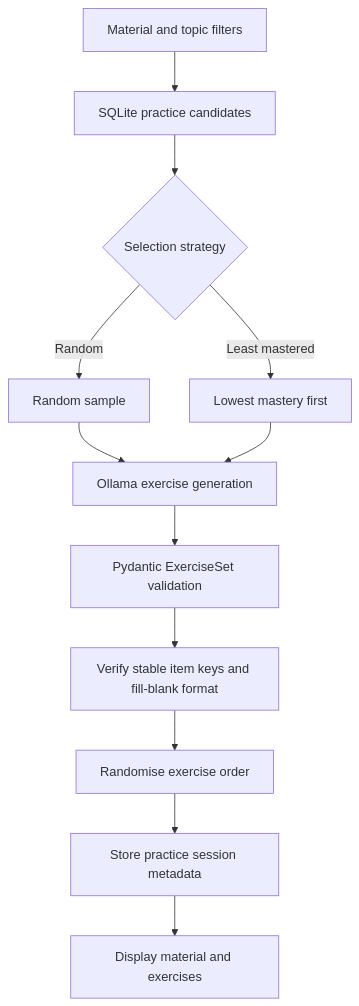
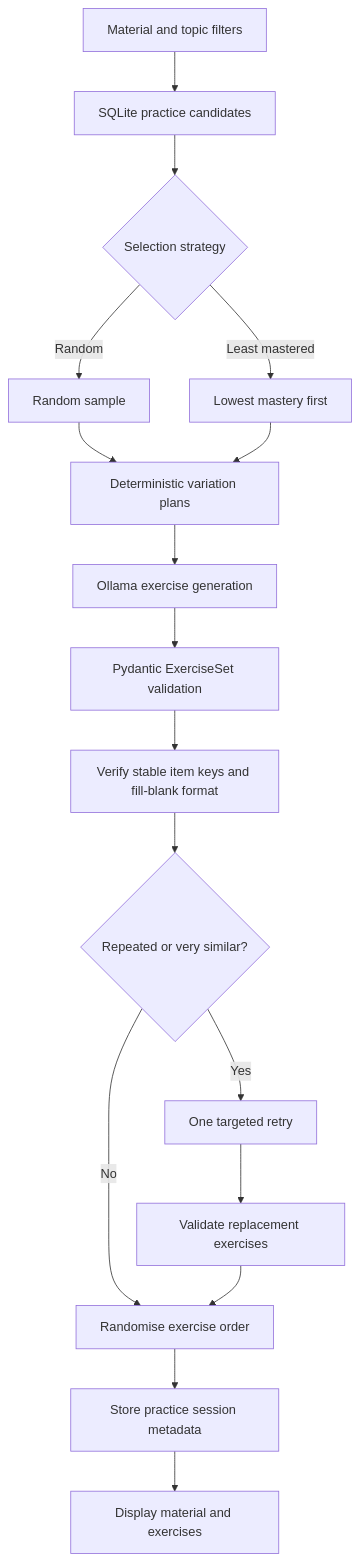
The fourth of 5 diagrams in docs/architecture/README.md (alekseistepanovvl/english-tutor), drawn with Mermaid before and after one commit. The commit also changed other lines of this file and 8 other files, not shown here.

Commit message:
Optimization friendly exercises variation

````diff
--- a/docs/architecture/README.md
+++ b/docs/architecture/README.md
@@ -370,21 +381,29 @@
 ```mermaid
 flowchart TD
     Filters[Material and topic filters]
     Candidates[SQLite practice candidates]
     Strategy{Selection strategy}
     Random[Random sample]
     Weak[Lowest mastery first]
+    Plans[Deterministic variation plans]
     LLM[Ollama exercise generation]
     Validate[Pydantic ExerciseSet validation]
     Guard[Verify stable item keys and fill-blank format]
+    Diversity{Repeated or very similar?}
+    Retry[One targeted retry]
+    RetryValidate[Validate replacement exercises]
     Shuffle[Randomise exercise order]
     Session[Store practice session metadata]
     UI[Display material and exercises]
 
     Filters --> Candidates --> Strategy
     Strategy -->|Random| Random
     Strategy -->|Least mastered| Weak
-    Random --> LLM
-    Weak --> LLM
-    LLM --> Validate --> Guard --> Shuffle --> Session --> UI
+    Random --> Plans
+    Weak --> Plans
+    Plans --> LLM
+    LLM --> Validate --> Guard --> Diversity
+    Diversity -->|No| Shuffle
+    Diversity -->|Yes| Retry --> RetryValidate --> Shuffle
+    Shuffle --> Session --> UI
 ```
````
